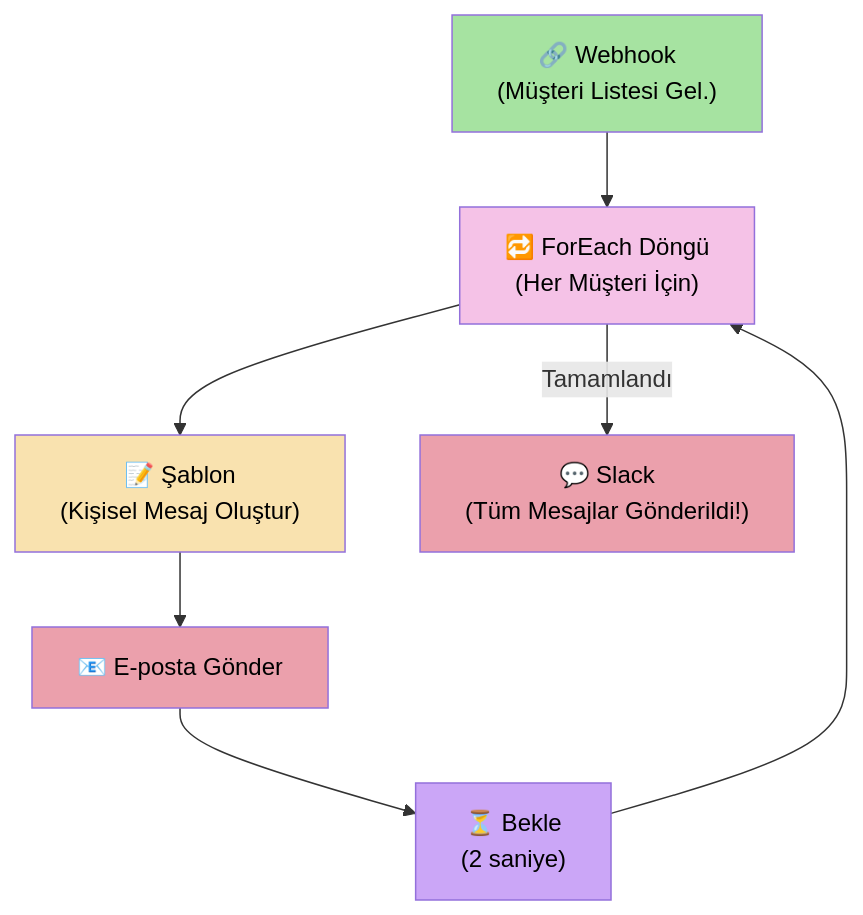
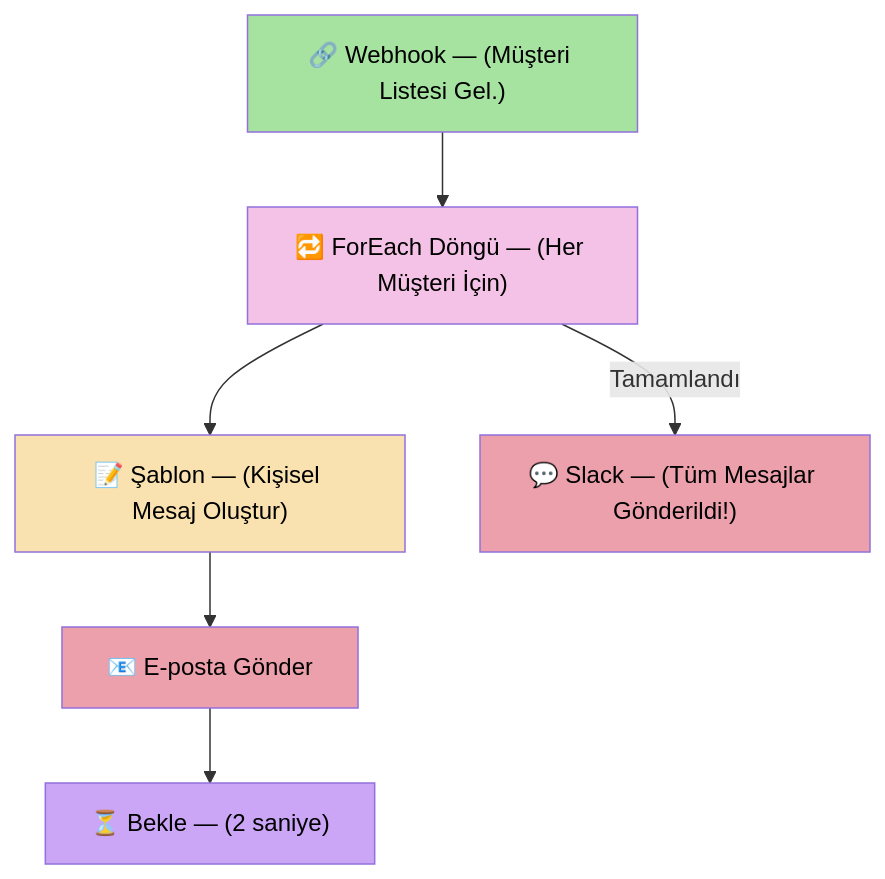
One commit to ahmetsarikaya0696/SonOfAnton changed the sixth of 6 diagrams in docs/KULLANIM REHBERİ.md. Above: the diagram before and after it, drawn with Mermaid. The commit also changed other lines of this file and 6 other files, not shown here.

````diff
--- a/docs/KULLANIM REHBERİ.md
+++ b/docs/KULLANIM REHBERİ.md
@@ -473,16 +479,15 @@
 ```mermaid
 graph TD
-    A["🔗 Webhook<br/>(Müşteri Listesi Gel.)"] --> B["🔁 ForEach Döngü<br/>(Her Müşteri İçin)"]
-    B --> C["📝 Şablon<br/>(Kişisel Mesaj Oluştur)"]
+    A["🔗 Webhook — (Müşteri Listesi Gel.)"] --> B["🔁 ForEach Döngü — (Her Müşteri İçin)"]
+    B --> C["📝 Şablon — (Kişisel Mesaj Oluştur)"]
     C --> D["📧 E-posta Gönder"]
-    D --> E["⏳ Bekle<br/>(2 saniye)"]
-    E --> B
-    B -- Tamamlandı --> F["💬 Slack<br/>(Tüm Mesajlar Gönderildi!)"]
+    D --> E["⏳ Bekle — (2 saniye)"]
+    B -- Tamamlandı --> F["💬 Slack — (Tüm Mesajlar Gönderildi!)"]
 
     style A fill:#a6e3a1,color:#000
     style B fill:#f5c2e7,color:#000
     style C fill:#f9e2af,color:#000
     style D fill:#eba0ac,color:#000
     style E fill:#cba6f7,color:#000
     style F fill:#eba0ac,color:#000
 ```
````
